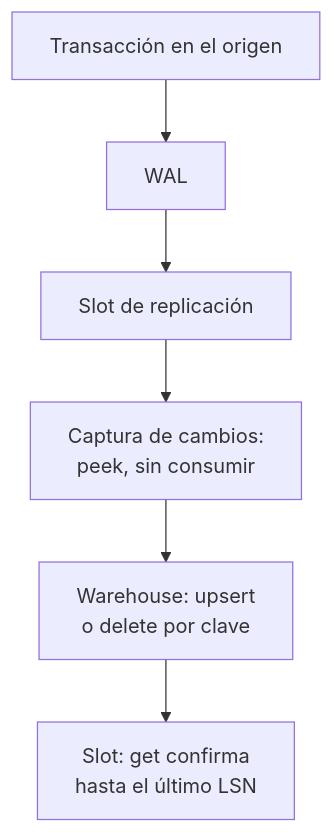
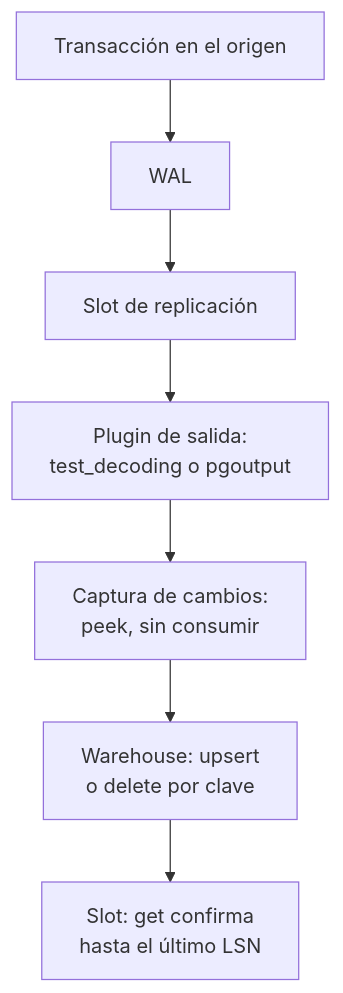
Before and after one commit to fcp4891/de-knowledge-hub: the second of 3 diagrams in content/architectures/cdc-architecture.md, drawn with Mermaid. The commit also changed other lines of this file and 8 other files, not shown here.

````diff
--- a/content/architectures/cdc-architecture.md
+++ b/content/architectures/cdc-architecture.md
@@ -141,8 +143,9 @@
 ```mermaid
 flowchart TB
   T["Transacción en el origen"] --> L["WAL"]
   L --> S["Slot de replicación"]
-  S --> K["Captura de cambios:<br/>peek, sin consumir"]
+  S --> O["Plugin de salida:<br/>test_decoding o pgoutput"]
+  O --> K["Captura de cambios:<br/>peek, sin consumir"]
   K --> M["Warehouse: upsert<br/>o delete por clave"]
   M --> G["Slot: get confirma<br/>hasta el último LSN"]
 ```
````
